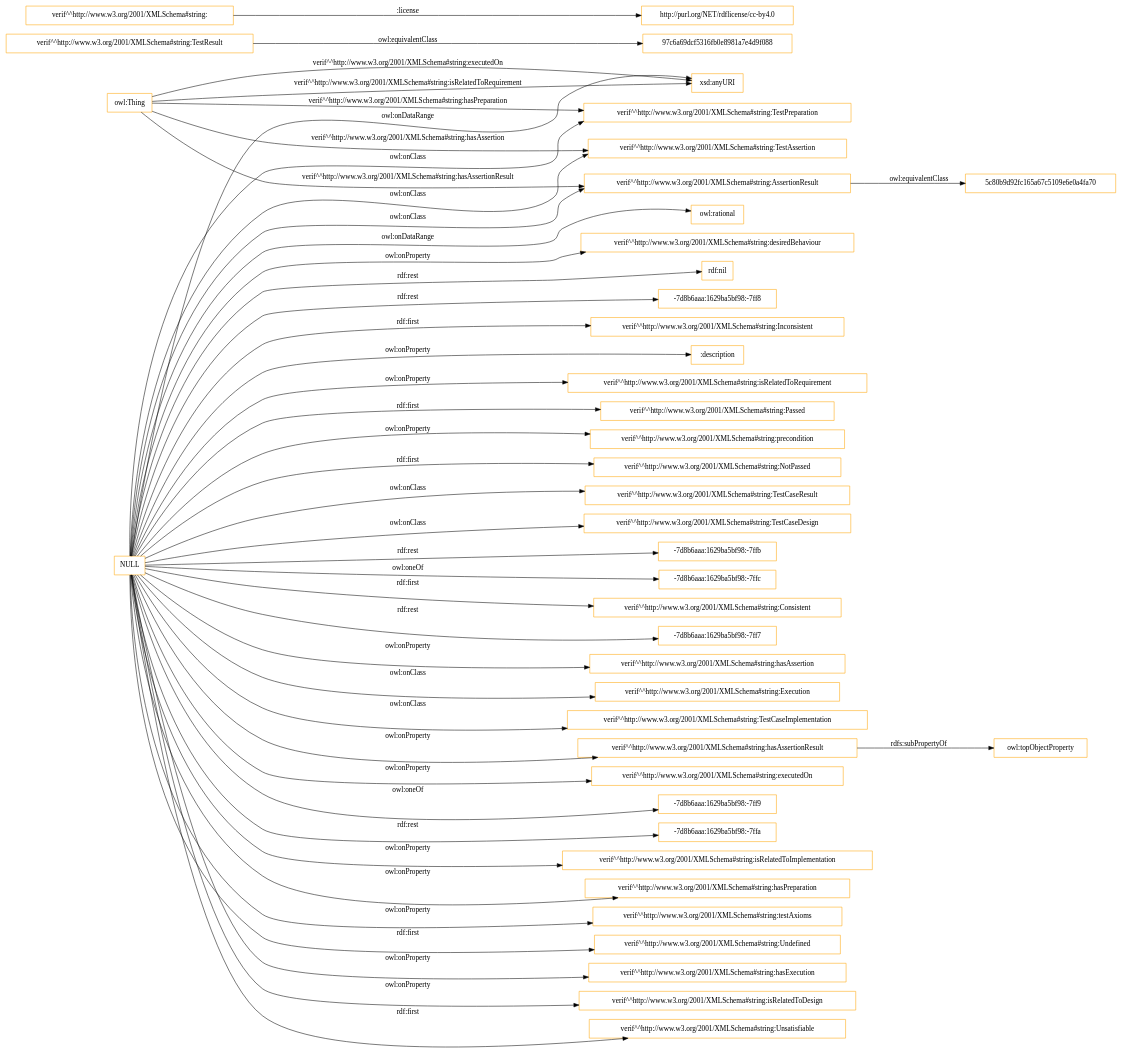
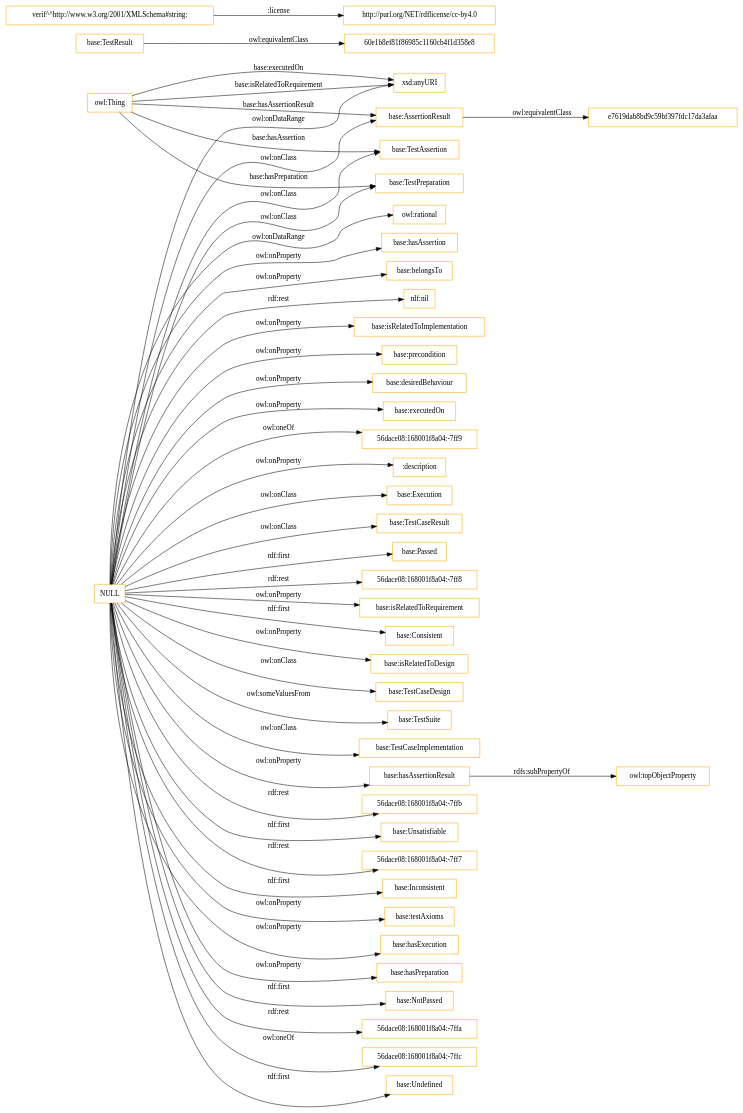
The diagram in OnToology/ontology/verification-test-description.ttl/diagrams/ar2dtool-class/verification-test-description.ttl.png.dot (albaizq/test-verification-ontology), drawn with Graphviz before and after one commit. The commit also changed 14 other files, not shown here.

```diff
--- a/OnToology/ontology/verification-test-description.ttl/diagrams/ar2dtool-class/verification-test-description.ttl.png.dot
+++ b/OnToology/ontology/verification-test-description.ttl/diagrams/ar2dtool-class/verification-test-description.ttl.png.dot
@@ -1,49 +1,51 @@
 digraph ar2dtool_diagram { 
 rankdir=LR;
 size="1501"
-node [shape = rectangle, color="orange"]; "verif^^http://www.w3.org/2001/XMLSchema#string:TestCaseResult" "verif^^http://www.w3.org/2001/XMLSchema#string:TestCaseDesign" "97c6a69dcf5316fb0e8981a7e4d9f088" "verif^^http://www.w3.org/2001/XMLSchema#string:TestAssertion" "verif^^http://www.w3.org/2001/XMLSchema#string:Execution" "verif^^http://www.w3.org/2001/XMLSchema#string:TestPreparation" "verif^^http://www.w3.org/2001/XMLSchema#string:TestCaseImplementation" "5c80b9d92fc165a67c5109e6e0a4fa70" "verif^^http://www.w3.org/2001/XMLSchema#string:TestResult" "verif^^http://www.w3.org/2001/XMLSchema#string:AssertionResult" ; /*classes style*/
-	"verif^^http://www.w3.org/2001/XMLSchema#string:TestResult" -> "97c6a69dcf5316fb0e8981a7e4d9f088" [ label = "owl:equivalentClass" ];
-	"verif^^http://www.w3.org/2001/XMLSchema#string:AssertionResult" -> "5c80b9d92fc165a67c5109e6e0a4fa70" [ label = "owl:equivalentClass" ];
-	"NULL" -> "verif^^http://www.w3.org/2001/XMLSchema#string:hasAssertionResult" [ label = "owl:onProperty" ];
-	"NULL" -> "verif^^http://www.w3.org/2001/XMLSchema#string:TestAssertion" [ label = "owl:onClass" ];
-	"NULL" -> "verif^^http://www.w3.org/2001/XMLSchema#string:executedOn" [ label = "owl:onProperty" ];
-	"NULL" -> "-7d8b6aaa:1629ba5bf98:-7ff9" [ label = "owl:oneOf" ];
-	"NULL" -> "-7d8b6aaa:1629ba5bf98:-7ffa" [ label = "rdf:rest" ];
-	"NULL" -> "verif^^http://www.w3.org/2001/XMLSchema#string:isRelatedToImplementation" [ label = "owl:onProperty" ];
-	"NULL" -> "verif^^http://www.w3.org/2001/XMLSchema#string:hasPreparation" [ label = "owl:onProperty" ];
-	"NULL" -> "verif^^http://www.w3.org/2001/XMLSchema#string:testAxioms" [ label = "owl:onProperty" ];
-	"NULL" -> "verif^^http://www.w3.org/2001/XMLSchema#string:TestPreparation" [ label = "owl:onClass" ];
-	"NULL" -> "verif^^http://www.w3.org/2001/XMLSchema#string:Undefined" [ label = "rdf:first" ];
-	"NULL" -> "verif^^http://www.w3.org/2001/XMLSchema#string:hasExecution" [ label = "owl:onProperty" ];
-	"NULL" -> "verif^^http://www.w3.org/2001/XMLSchema#string:Execution" [ label = "owl:onClass" ];
-	"NULL" -> "verif^^http://www.w3.org/2001/XMLSchema#string:isRelatedToDesign" [ label = "owl:onProperty" ];
-	"NULL" -> "verif^^http://www.w3.org/2001/XMLSchema#string:TestCaseImplementation" [ label = "owl:onClass" ];
-	"NULL" -> "verif^^http://www.w3.org/2001/XMLSchema#string:Unsatisfiable" [ label = "rdf:first" ];
+node [shape = rectangle, color="orange"]; "base:Execution" "base:TestCaseResult" "base:AssertionResult" "base:TestResult" "base:TestCaseDesign" "60e1b8ef81f86985c1160cb4f1d358e8" "e7619dab8bd9c59bf397fdc17da3afaa" "base:TestSuite" "base:TestCaseImplementation" "base:TestAssertion" "base:TestPreparation" ; /*classes style*/
+	"base:AssertionResult" -> "e7619dab8bd9c59bf397fdc17da3afaa" [ label = "owl:equivalentClass" ];
+	"base:hasAssertionResult" -> "owl:topObjectProperty" [ label = "rdfs:subPropertyOf" ];
+	"base:TestResult" -> "60e1b8ef81f86985c1160cb4f1d358e8" [ label = "owl:equivalentClass" ];
+	"NULL" -> "base:Execution" [ label = "owl:onClass" ];
+	"NULL" -> "56dace08:168001f8a04:-7ffb" [ label = "rdf:rest" ];
+	"NULL" -> "base:Unsatisfiable" [ label = "rdf:first" ];
+	"NULL" -> "56dace08:168001f8a04:-7ff7" [ label = "rdf:rest" ];
+	"NULL" -> "base:TestCaseResult" [ label = "owl:onClass" ];
+	"NULL" -> "base:Inconsistent" [ label = "rdf:first" ];
+	"NULL" -> "base:testAxioms" [ label = "owl:onProperty" ];
+	"NULL" -> "base:hasExecution" [ label = "owl:onProperty" ];
+	"NULL" -> "base:hasPreparation" [ label = "owl:onProperty" ];
+	"NULL" -> "base:NotPassed" [ label = "rdf:first" ];
+	"NULL" -> "base:TestCaseImplementation" [ label = "owl:onClass" ];
+	"NULL" -> "56dace08:168001f8a04:-7ffa" [ label = "rdf:rest" ];
+	"NULL" -> "56dace08:168001f8a04:-7ffc" [ label = "owl:oneOf" ];
+	"NULL" -> "base:Undefined" [ label = "rdf:first" ];
 	"NULL" -> "owl:rational" [ label = "owl:onDataRange" ];
-	"NULL" -> "verif^^http://www.w3.org/2001/XMLSchema#string:desiredBehaviour" [ label = "owl:onProperty" ];
+	"NULL" -> "base:TestPreparation" [ label = "owl:onClass" ];
+	"NULL" -> "base:hasAssertion" [ label = "owl:onProperty" ];
+	"NULL" -> "base:TestCaseDesign" [ label = "owl:onClass" ];
+	"NULL" -> "base:belongsTo" [ label = "owl:onProperty" ];
+	"NULL" -> "base:AssertionResult" [ label = "owl:onClass" ];
 	"NULL" -> "rdf:nil" [ label = "rdf:rest" ];
-	"NULL" -> "-7d8b6aaa:1629ba5bf98:-7ff8" [ label = "rdf:rest" ];
-	"NULL" -> "verif^^http://www.w3.org/2001/XMLSchema#string:Inconsistent" [ label = "rdf:first" ];
+	"NULL" -> "base:isRelatedToImplementation" [ label = "owl:onProperty" ];
+	"NULL" -> "base:precondition" [ label = "owl:onProperty" ];
+	"NULL" -> "base:desiredBehaviour" [ label = "owl:onProperty" ];
+	"NULL" -> "base:executedOn" [ label = "owl:onProperty" ];
+	"NULL" -> "56dace08:168001f8a04:-7ff9" [ label = "owl:oneOf" ];
 	"NULL" -> ":description" [ label = "owl:onProperty" ];
-	"NULL" -> "verif^^http://www.w3.org/2001/XMLSchema#string:isRelatedToRequirement" [ label = "owl:onProperty" ];
-	"NULL" -> "verif^^http://www.w3.org/2001/XMLSchema#string:Passed" [ label = "rdf:first" ];
-	"NULL" -> "verif^^http://www.w3.org/2001/XMLSchema#string:AssertionResult" [ label = "owl:onClass" ];
-	"NULL" -> "verif^^http://www.w3.org/2001/XMLSchema#string:precondition" [ label = "owl:onProperty" ];
-	"NULL" -> "verif^^http://www.w3.org/2001/XMLSchema#string:NotPassed" [ label = "rdf:first" ];
-	"NULL" -> "-7d8b6aaa:1629ba5bf98:-7ffb" [ label = "rdf:rest" ];
-	"NULL" -> "-7d8b6aaa:1629ba5bf98:-7ffc" [ label = "owl:oneOf" ];
+	"NULL" -> "base:hasAssertionResult" [ label = "owl:onProperty" ];
+	"NULL" -> "base:Passed" [ label = "rdf:first" ];
+	"NULL" -> "56dace08:168001f8a04:-7ff8" [ label = "rdf:rest" ];
+	"NULL" -> "base:isRelatedToRequirement" [ label = "owl:onProperty" ];
 	"NULL" -> "xsd:anyURI" [ label = "owl:onDataRange" ];
-	"NULL" -> "verif^^http://www.w3.org/2001/XMLSchema#string:Consistent" [ label = "rdf:first" ];
-	"NULL" -> "-7d8b6aaa:1629ba5bf98:-7ff7" [ label = "rdf:rest" ];
-	"NULL" -> "verif^^http://www.w3.org/2001/XMLSchema#string:TestCaseDesign" [ label = "owl:onClass" ];
-	"NULL" -> "verif^^http://www.w3.org/2001/XMLSchema#string:TestCaseResult" [ label = "owl:onClass" ];
-	"NULL" -> "verif^^http://www.w3.org/2001/XMLSchema#string:hasAssertion" [ label = "owl:onProperty" ];
-	"verif^^http://www.w3.org/2001/XMLSchema#string:hasAssertionResult" -> "owl:topObjectProperty" [ label = "rdfs:subPropertyOf" ];
+	"NULL" -> "base:TestSuite" [ label = "owl:someValuesFrom" ];
+	"NULL" -> "base:TestAssertion" [ label = "owl:onClass" ];
+	"NULL" -> "base:Consistent" [ label = "rdf:first" ];
+	"NULL" -> "base:isRelatedToDesign" [ label = "owl:onProperty" ];
 	"verif^^http://www.w3.org/2001/XMLSchema#string:" -> "http://purl.org/NET/rdflicense/cc-by4.0" [ label = ":license" ];
-	"owl:Thing" -> "verif^^http://www.w3.org/2001/XMLSchema#string:TestAssertion" [ label = "verif^^http://www.w3.org/2001/XMLSchema#string:hasAssertion" ];
-	"owl:Thing" -> "verif^^http://www.w3.org/2001/XMLSchema#string:AssertionResult" [ label = "verif^^http://www.w3.org/2001/XMLSchema#string:hasAssertionResult" ];
-	"owl:Thing" -> "xsd:anyURI" [ label = "verif^^http://www.w3.org/2001/XMLSchema#string:executedOn" ];
-	"owl:Thing" -> "xsd:anyURI" [ label = "verif^^http://www.w3.org/2001/XMLSchema#string:isRelatedToRequirement" ];
-	"owl:Thing" -> "verif^^http://www.w3.org/2001/XMLSchema#string:TestPreparation" [ label = "verif^^http://www.w3.org/2001/XMLSchema#string:hasPreparation" ];
+	"owl:Thing" -> "base:TestAssertion" [ label = "base:hasAssertion" ];
+	"owl:Thing" -> "base:TestPreparation" [ label = "base:hasPreparation" ];
+	"owl:Thing" -> "xsd:anyURI" [ label = "base:executedOn" ];
+	"owl:Thing" -> "base:AssertionResult" [ label = "base:hasAssertionResult" ];
+	"owl:Thing" -> "xsd:anyURI" [ label = "base:isRelatedToRequirement" ];
 
 }
```
